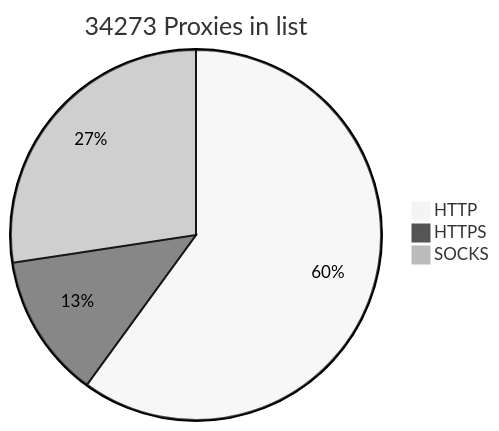
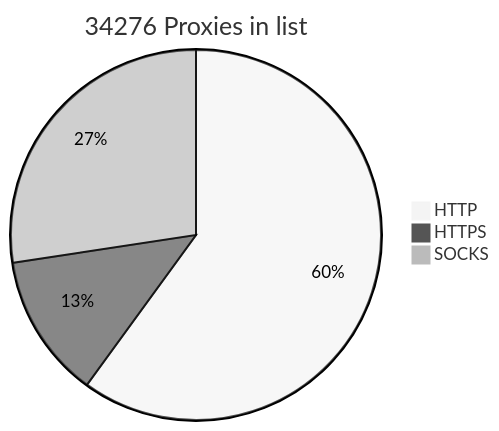
The diagram in README.md (BlackSnowDot/proxylist-update-every-minute), drawn with Mermaid (neutral theme) before and after one commit.

````diff
--- a/README.md
+++ b/README.md
@@ -2,6 +2,6 @@
 ```mermaid
-pie title 34273 Proxies in list
+pie title 34276 Proxies in list
     "HTTP" : 22785
     "HTTPS": 4779
-    "SOCKS" : 10399
+    "SOCKS" : 10402
 ```
````
